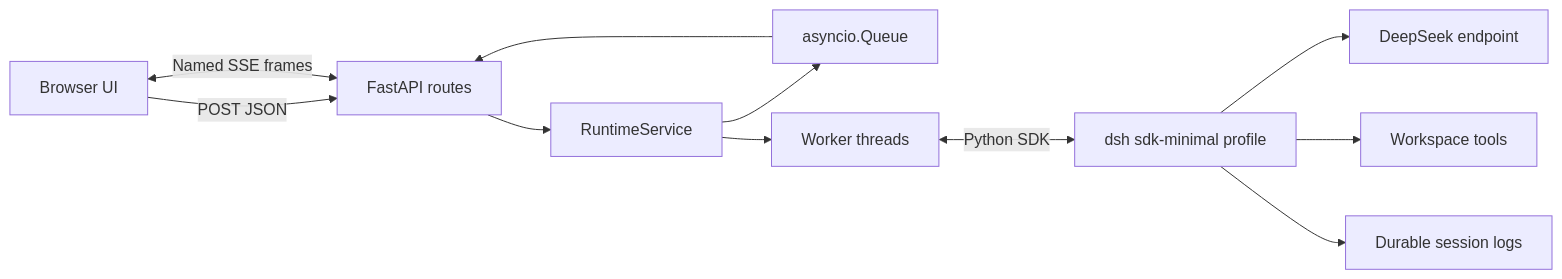
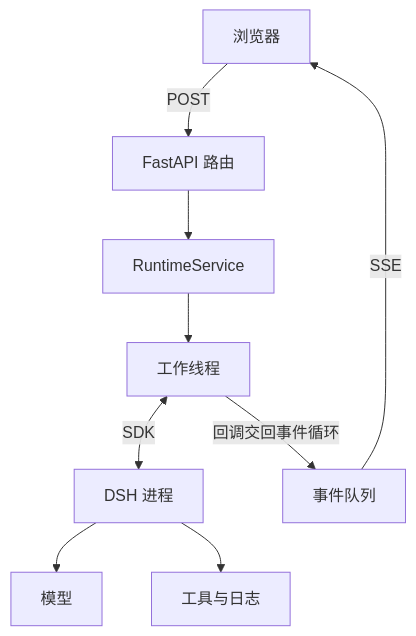
The diagram in tutorials/fastapi-101/README.md (eriklee1895/hands-on-dsh), drawn with Mermaid before and after one commit. The commit also changed other lines of this file and 86 other files, not shown here.

Commit message:
docs: improve course narrative, technical guidance, and diagrams

````diff
--- a/tutorials/fastapi-101/README.md
+++ b/tutorials/fastapi-101/README.md
@@ -15,13 +17,11 @@
 ```mermaid
-flowchart LR
-    Browser[Browser UI] -->|POST JSON| FastAPI[FastAPI routes]
-    Browser <-->|Named SSE frames| FastAPI
-    FastAPI --> Service[RuntimeService]
-    Service --> Queue[asyncio.Queue]
-    Service --> Worker[Worker threads]
-    Worker <-->|Python SDK| Runtime[dsh sdk-minimal profile]
-    Runtime --> Model[DeepSeek endpoint]
-    Runtime --> Tools[Workspace tools]
-    Runtime --> Logs[Durable session logs]
-    Queue --> FastAPI
+flowchart TD
+    Browser[浏览器] -->|POST| API[FastAPI 路由]
+    API --> Service[RuntimeService]
+    Service --> Worker[工作线程]
+    Worker <-->|SDK| Runtime[DSH 进程]
+    Worker -->|回调交回事件循环| Queue[事件队列]
+    Queue -->|SSE| Browser
+    Runtime --> Model[模型]
+    Runtime --> Tools[工具与日志]
 ```
````
